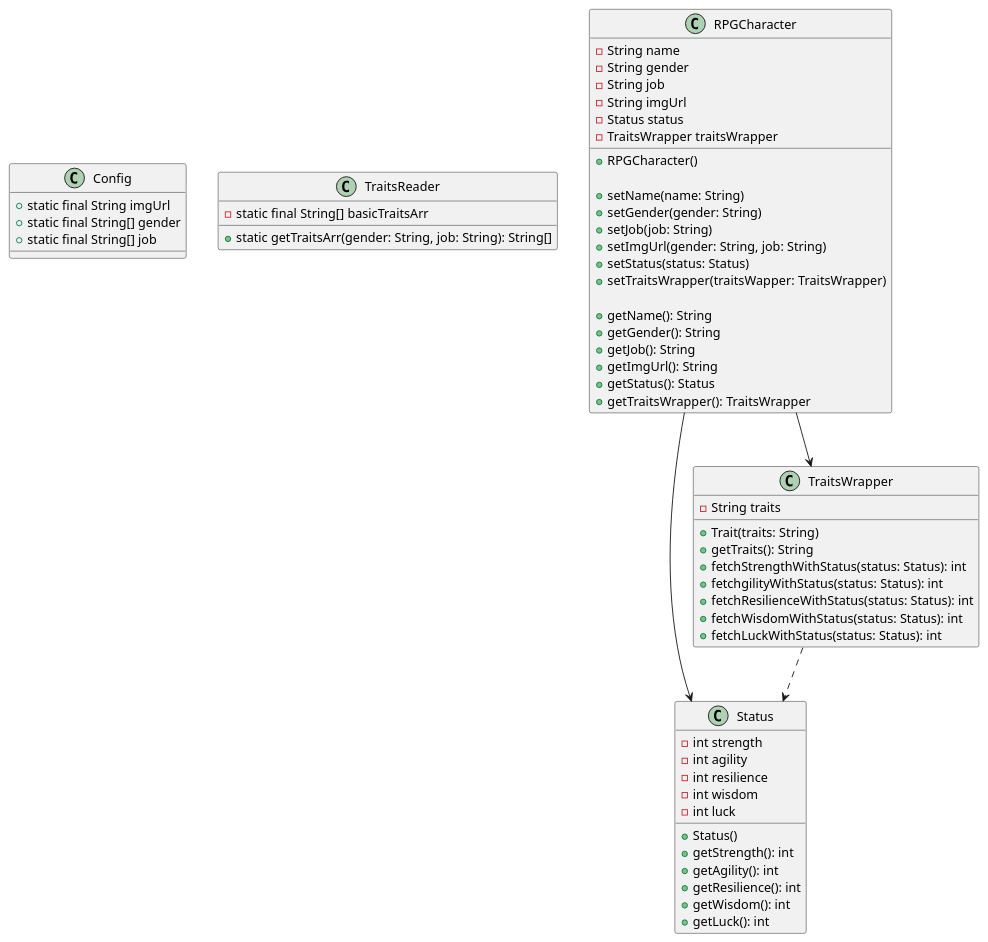
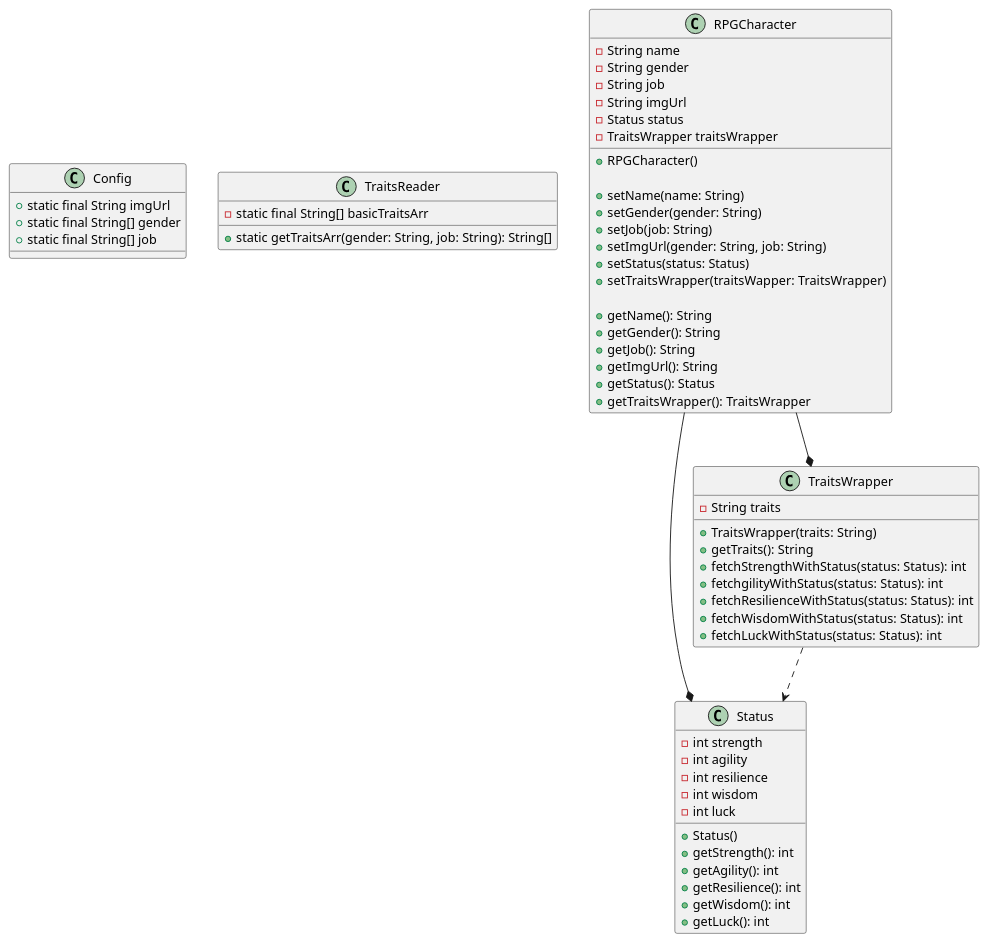
The diagram in 設計.pu (Tucker263/RPG_Character_Maker), drawn with PlantUML before and after one commit. The commit also changed 2 other files, not shown here.

```diff
--- a/設計.pu
+++ b/設計.pu
@@ -1,77 +1,77 @@
 @startuml
 '------------Model部分の設計----------------
 
 class Config{
     + static final String imgUrl
     + static final String[] gender
     + static final String[] job
 }
 
 class TraitsReader{
     - static final String[] basicTraitsArr
 
     + static getTraitsArr(gender: String, job: String): String[]
 }
 
 'コンストラクタは引数なしで初期の状態を設定
 class Status{
     - int strength
     - int agility
     - int resilience
     - int wisdom
     - int luck
 
     + Status()
     + getStrength(): int
     + getAgility(): int
     + getResilience(): int
     + getWisdom(): int
     + getLuck(): int
 }
 
 class TraitsWrapper{
     - String traits
 
-    + Trait(traits: String)
+    + TraitsWrapper(traits: String)
     + getTraits(): String
     + fetchStrengthWithStatus(status: Status): int
     + fetchgilityWithStatus(status: Status): int
     + fetchResilienceWithStatus(status: Status): int
     + fetchWisdomWithStatus(status: Status): int
     + fetchLuckWithStatus(status: Status): int
 }
 
 'コンストラクタは引数なしで初期の状態を設定
 class RPGCharacter{
     - String name
     - String gender
     - String job
     - String imgUrl
     - Status status
     - TraitsWrapper traitsWrapper
 
     + RPGCharacter()
 
     + setName(name: String)
     + setGender(gender: String)
     + setJob(job: String)
     + setImgUrl(gender: String, job: String)
     + setStatus(status: Status)
     + setTraitsWrapper(traitsWapper: TraitsWrapper)
 
     + getName(): String
     + getGender(): String
     + getJob(): String
     + getImgUrl(): String
     + getStatus(): Status
     + getTraitsWrapper(): TraitsWrapper
 }
 
 '依存関係
 TraitsWrapper ..> Status
 'コンポジション
-RPGCharacter --> TraitsWrapper
-RPGCharacter --> Status
+RPGCharacter --* TraitsWrapper
+RPGCharacter --* Status
 
 
 @enduml
```
